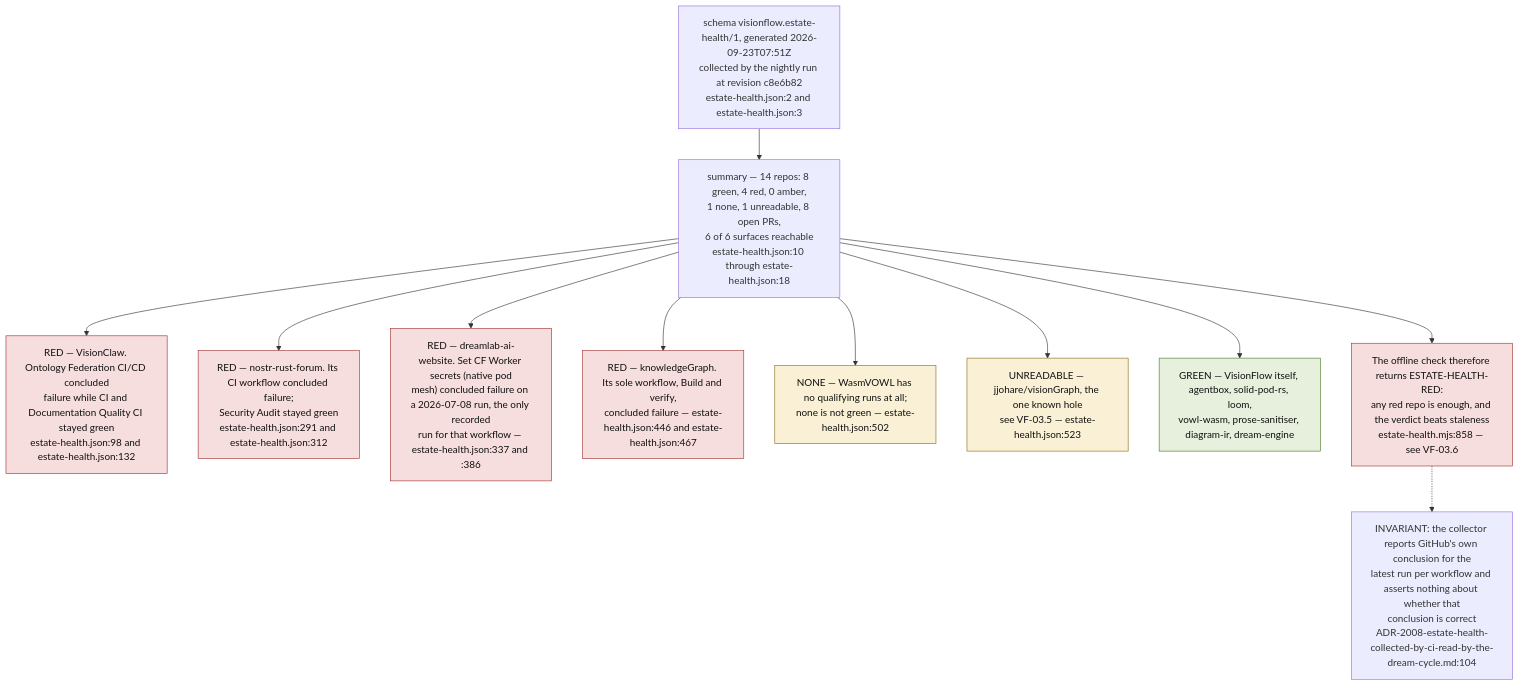
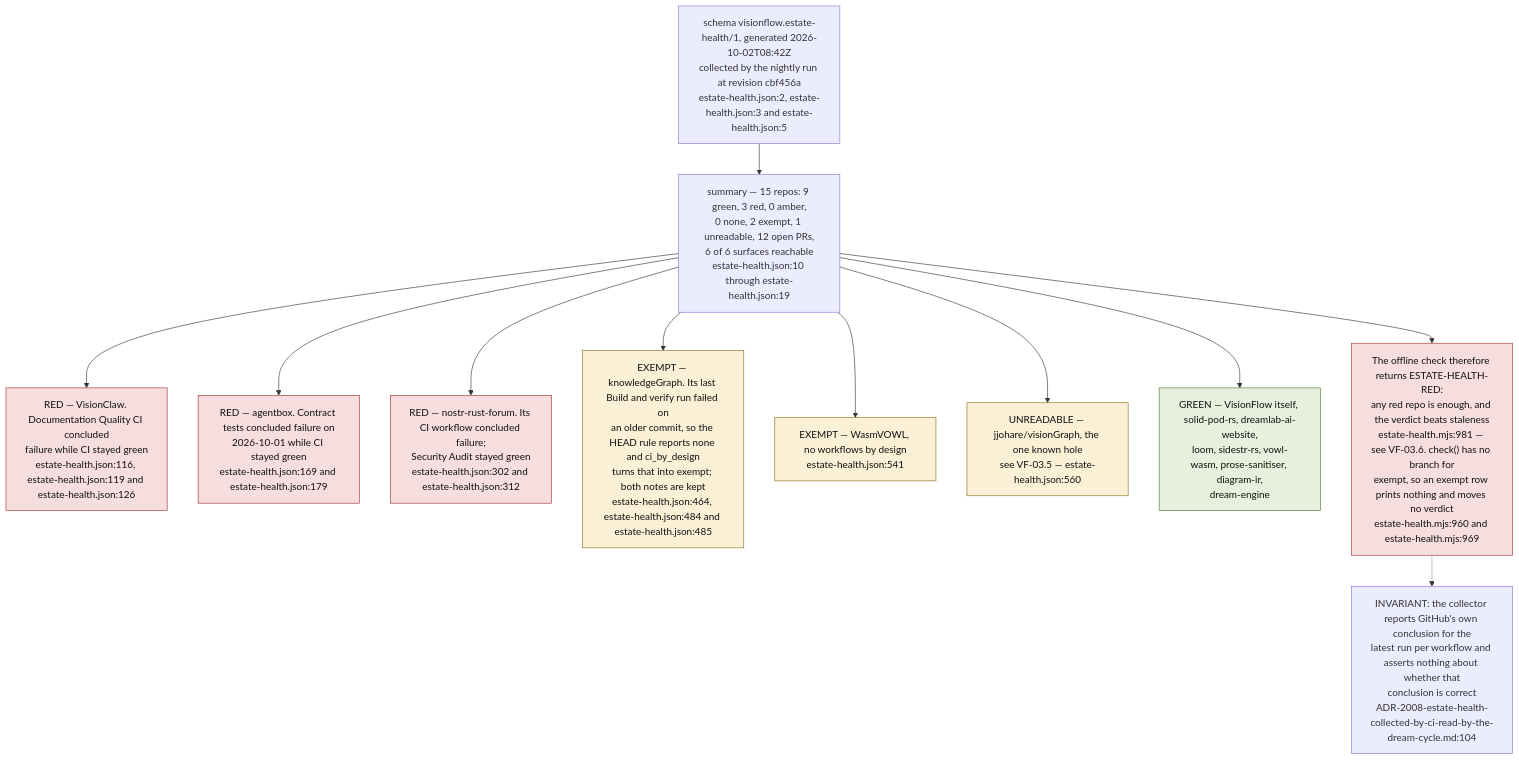
The ninth of 9 diagrams in docs/diagrams/visionflow/03-estate-health.md (DreamLab-AI/VisionFlow), drawn with Mermaid before and after one commit. The commit also changed other lines of this file and 94 other files, not shown here.

First line of the commit message:
docs(diagrams): re-verify 130 topics against 2 October HEADs

````diff
--- a/docs/diagrams/visionflow/03-estate-health.md
+++ b/docs/diagrams/visionflow/03-estate-health.md
@@ -249,24 +273,24 @@
 ```mermaid
 flowchart TB
     classDef red fill:#f7dede,stroke:#a33333,color:#111
     classDef green fill:#e6f0dc,stroke:#4a7a2a,color:#111
     classDef amb fill:#f9f0d5,stroke:#8a7020,color:#111
 
-    HEAD["schema visionflow.estate-health/1, generated 2026-09-23T07:51Z<br/>collected by the nightly run at revision c8e6b82<br/>estate-health.json:2 and estate-health.json:3"]
+    SNAP["schema visionflow.estate-health/1, generated 2026-10-02T08:42Z<br/>collected by the nightly run at revision cbf456a<br/>estate-health.json:2, estate-health.json:3 and estate-health.json:5"]
 
-    HEAD --> SUM["summary — 14 repos: 8 green, 4 red, 0 amber,<br/>1 none, 1 unreadable, 8 open PRs,<br/>6 of 6 surfaces reachable<br/>estate-health.json:10 through estate-health.json:18"]
+    SNAP --> SUM["summary — 15 repos: 9 green, 3 red, 0 amber,<br/>0 none, 2 exempt, 1 unreadable, 12 open PRs,<br/>6 of 6 surfaces reachable<br/>estate-health.json:10 through estate-health.json:19"]
 
-    SUM --> R1["RED — VisionClaw. Ontology Federation CI/CD concluded<br/>failure while CI and Documentation Quality CI stayed green<br/>estate-health.json:98 and estate-health.json:132"]:::red
-    SUM --> R2["RED — nostr-rust-forum. Its CI workflow concluded failure;<br/>Security Audit stayed green<br/>estate-health.json:291 and estate-health.json:312"]:::red
-    SUM --> R3["RED — dreamlab-ai-website. Set CF Worker secrets (native pod<br/>mesh) concluded failure on a 2026-07-08 run, the only recorded<br/>run for that workflow — estate-health.json:337 and :386"]:::red
-    SUM --> R4["RED — knowledgeGraph. Its sole workflow, Build and verify,<br/>concluded failure — estate-health.json:446 and estate-health.json:467"]:::red
-    SUM --> N1["NONE — WasmVOWL has no qualifying runs at all;<br/>none is not green — estate-health.json:502"]:::amb
-    SUM --> U1["UNREADABLE — jjohare/visionGraph, the one known hole<br/>see VF-03.5 — estate-health.json:523"]:::amb
-    SUM --> G1["GREEN — VisionFlow itself, agentbox, solid-pod-rs, loom,<br/>vowl-wasm, prose-sanitiser, diagram-ir, dream-engine"]:::green
+    SUM --> R1["RED — VisionClaw. Documentation Quality CI concluded<br/>failure while CI stayed green<br/>estate-health.json:116, estate-health.json:119 and estate-health.json:126"]:::red
+    SUM --> R2["RED — agentbox. Contract tests concluded failure on<br/>2026-10-01 while CI stayed green<br/>estate-health.json:169 and estate-health.json:179"]:::red
+    SUM --> R3["RED — nostr-rust-forum. Its CI workflow concluded failure;<br/>Security Audit stayed green<br/>estate-health.json:302 and estate-health.json:312"]:::red
+    SUM --> E1["EXEMPT — knowledgeGraph. Its last Build and verify run failed on<br/>an older commit, so the HEAD rule reports none and ci_by_design<br/>turns that into exempt; both notes are kept<br/>estate-health.json:464, estate-health.json:484 and estate-health.json:485"]:::amb
+    SUM --> E2["EXEMPT — WasmVOWL, no workflows by design<br/>estate-health.json:541"]:::amb
+    SUM --> U1["UNREADABLE — jjohare/visionGraph, the one known hole<br/>see VF-03.5 — estate-health.json:560"]:::amb
+    SUM --> G1["GREEN — VisionFlow itself, solid-pod-rs, dreamlab-ai-website,<br/>loom, sidestr-rs, vowl-wasm, prose-sanitiser, diagram-ir,<br/>dream-engine"]:::green
 
-    VERD["The offline check therefore returns ESTATE-HEALTH-RED:<br/>any red repo is enough, and the verdict beats staleness<br/>estate-health.mjs:858 — see VF-03.6"]:::red
+    VERD["The offline check therefore returns ESTATE-HEALTH-RED:<br/>any red repo is enough, and the verdict beats staleness<br/>estate-health.mjs:981 — see VF-03.6. check() has no branch for<br/>exempt, so an exempt row prints nothing and moves no verdict<br/>estate-health.mjs:960 and estate-health.mjs:969"]:::red
     SUM --> VERD
 
     INV["INVARIANT: the collector reports GitHub's own conclusion for the<br/>latest run per workflow and asserts nothing about whether that<br/>conclusion is correct<br/>ADR-2008-estate-health-collected-by-ci-read-by-the-dream-cycle.md:104"]
     VERD -.-> INV
 ```
````
